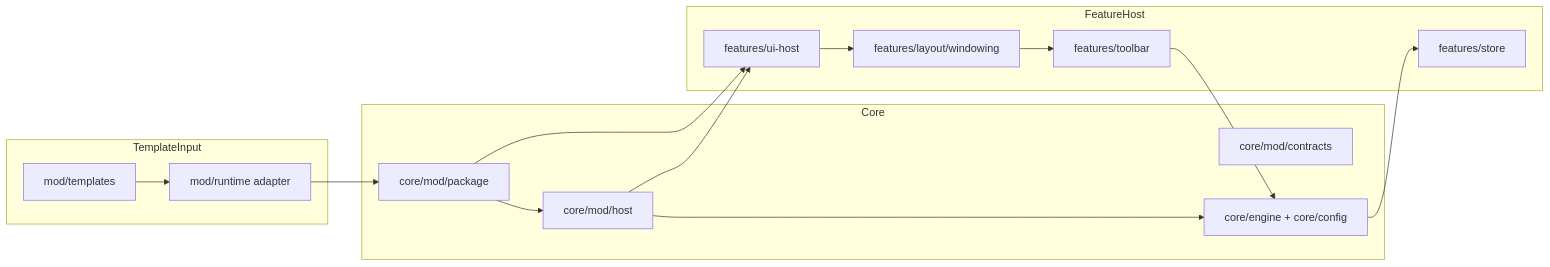
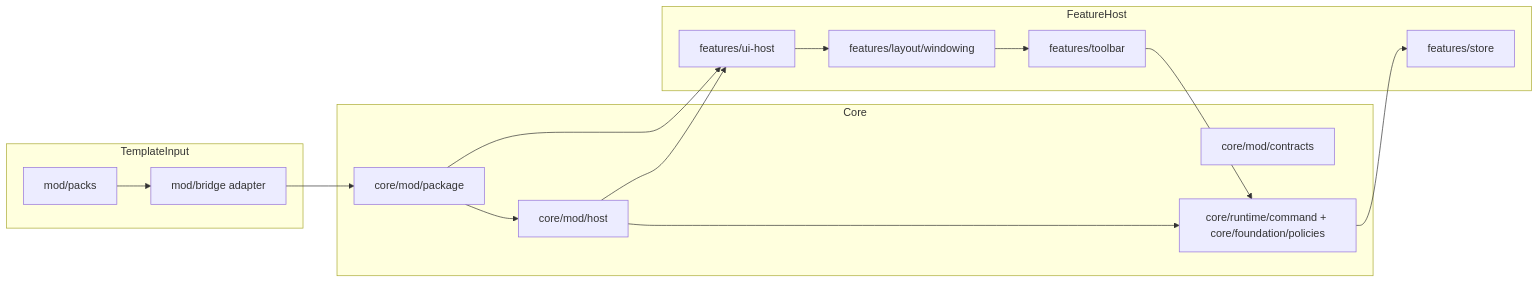
The fourth of 5 diagrams in v10/docs/architecture/ModularizationDependencyFlow.md (sykaboom/SY-Math-Slate), drawn with Mermaid before and after one commit. The commit also changed other lines of this file and 273 other files, not shown here.

Commit message:
feat(v10): complete 461-465 core namespace and mod catalog relayout

````diff
--- a/v10/docs/architecture/ModularizationDependencyFlow.md
+++ b/v10/docs/architecture/ModularizationDependencyFlow.md
@@ -132,29 +132,29 @@
 ```mermaid
 flowchart LR
     subgraph Core
       C1[core/mod/contracts]
       C2[core/mod/package]
       C3[core/mod/host]
-      C4[core/engine + core/config]
+      C4[core/runtime/command + core/foundation/policies]
     end
 
     subgraph FeatureHost
       F1[features/ui-host]
       F2[features/layout/windowing]
       F3[features/toolbar]
       F4[features/store]
     end
 
     subgraph TemplateInput
-      T1[mod/templates]
-      T2[mod/runtime adapter]
+      T1[mod/packs]
+      T2[mod/bridge adapter]
     end
 
     T1 --> T2 --> C2
     C2 --> C3 --> C4
     C2 --> F1
     C3 --> F1
     F1 --> F2 --> F3
     F3 --> C4
     C4 --> F4
 ```
````
